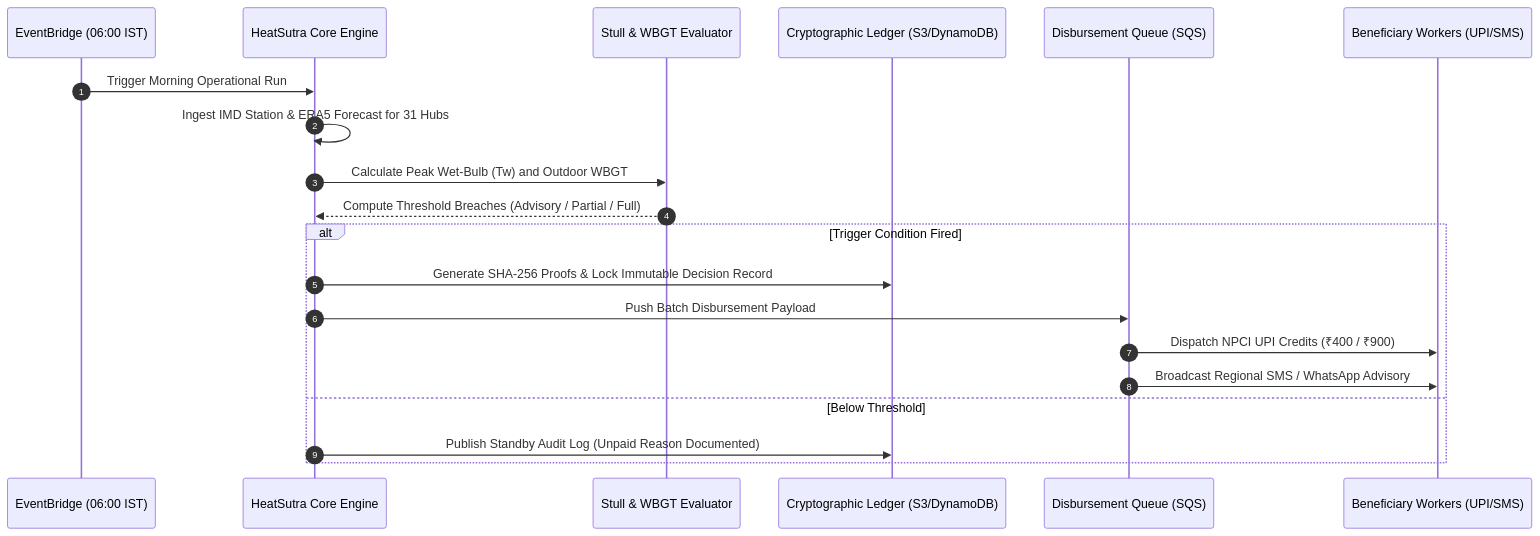
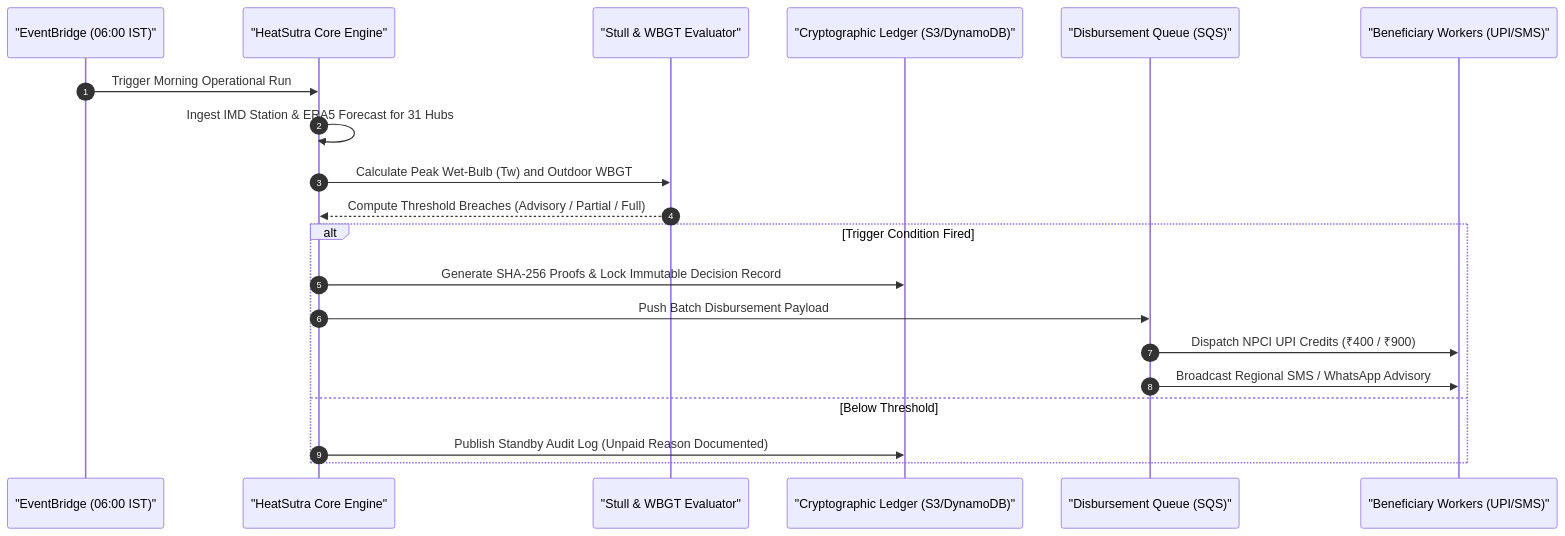
One commit to Nandanhs006/AWS-2 changed the second of 7 diagrams in README.md. Above: the diagram before and after it, drawn with Mermaid. The commit also changed other lines of this file and 1 other file, not shown here.

Commit message:
docs: add comprehensive Mermaid diagrams across architecture, system design, calculation pipeline, and repository structure

````diff
--- a/README.md
+++ b/README.md
@@ -88,23 +88,23 @@
 ```mermaid
 sequenceDiagram
     autonumber
-    participant EB as EventBridge (06:00 IST)
-    participant Engine as HeatSutra Core Engine
-    participant Model as Stull & WBGT Evaluator
-    participant Ledger as Cryptographic Ledger (S3/DynamoDB)
-    participant SQS as Disbursement Queue (SQS)
-    participant Workers as Beneficiary Workers (UPI/SMS)
+    participant EB as "EventBridge (06:00 IST)"
+    participant Engine as "HeatSutra Core Engine"
+    participant Model as "Stull & WBGT Evaluator"
+    participant Ledger as "Cryptographic Ledger (S3/DynamoDB)"
+    participant SQS as "Disbursement Queue (SQS)"
+    participant Workers as "Beneficiary Workers (UPI/SMS)"
 
     EB->>Engine: Trigger Morning Operational Run
     Engine->>Engine: Ingest IMD Station & ERA5 Forecast for 31 Hubs
     Engine->>Model: Calculate Peak Wet-Bulb (Tw) and Outdoor WBGT
     Model-->>Engine: Compute Threshold Breaches (Advisory / Partial / Full)
     alt Trigger Condition Fired
         Engine->>Ledger: Generate SHA-256 Proofs & Lock Immutable Decision Record
         Engine->>SQS: Push Batch Disbursement Payload
         SQS->>Workers: Dispatch NPCI UPI Credits (₹400 / ₹900)
         SQS->>Workers: Broadcast Regional SMS / WhatsApp Advisory
     else Below Threshold
         Engine->>Ledger: Publish Standby Audit Log (Unpaid Reason Documented)
     end
 ```
````
